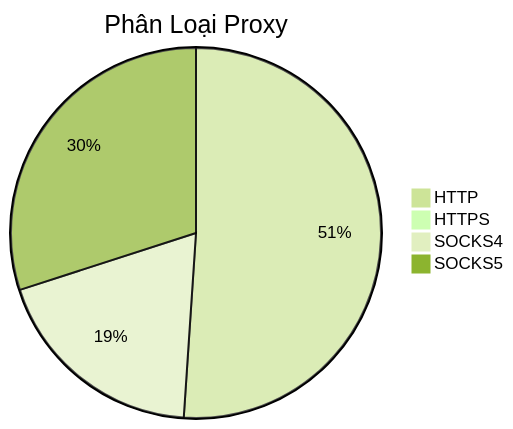
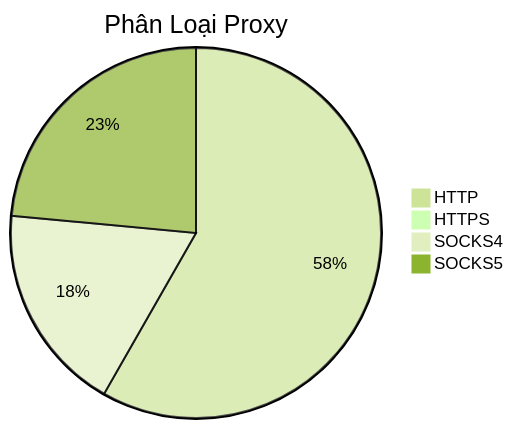
The diagram in README.md (Ciara-12/PROXY-free), drawn with Mermaid (forest theme) before and after one commit. The commit also changed other lines of this file and 4 other files, not shown here.

````diff
--- a/README.md
+++ b/README.md
@@ -26,7 +26,7 @@
 ```mermaid
 pie title Phân Loại Proxy
-    "HTTP" : 557
-    "HTTPS" : 4
-    "SOCKS4" : 207
-    "SOCKS5" : 327
+    "HTTP" : 758
+    "HTTPS" : 6
+    "SOCKS4" : 237
+    "SOCKS5" : 306
 ```
````
